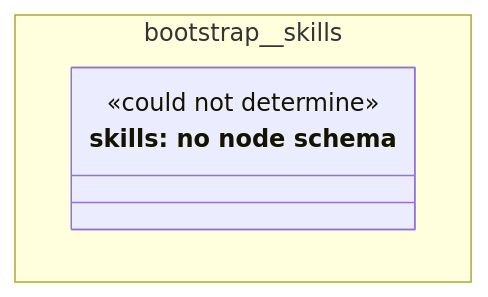
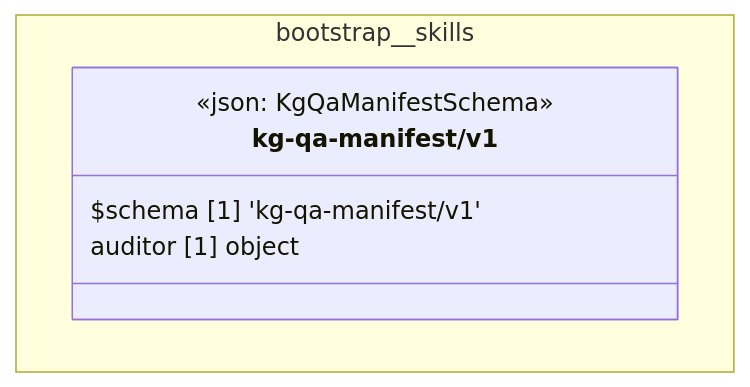
The diagram in cat-harness/uml/overview/bootstrap/skills.mmd (litlfred/folio-assistant), drawn with Mermaid before and after one commit. The commit also changed 22 other files, not shown here.

```diff
--- a/cat-harness/uml/overview/bootstrap/skills.mmd
+++ b/cat-harness/uml/overview/bootstrap/skills.mmd
@@ -1,9 +1,10 @@
 classDiagram
   direction TB
   namespace bootstrap__skills {
-    class n_bootstrap_skills_skills["skills: no node schema"] {
-      <<could not determine>>
+    class bootstrap_skills_kg_qa_manifest_v1_kg_qa_manifest_v1["kg-qa-manifest/v1"] {
+      <<json: KgQaManifestSchema>>
+      $schema [1] 'kg-qa-manifest/v1'
+      auditor [1] object
     }
   }
-  cssClass "n_bootstrap_skills_skills" fa_uml_kind_skills
-  cssClass "n_bootstrap_skills_skills" fa_uml_undetermined
+  cssClass "bootstrap_skills_kg_qa_manifest_v1_kg_qa_manifest_v1" fa_uml_kind_skills
```
